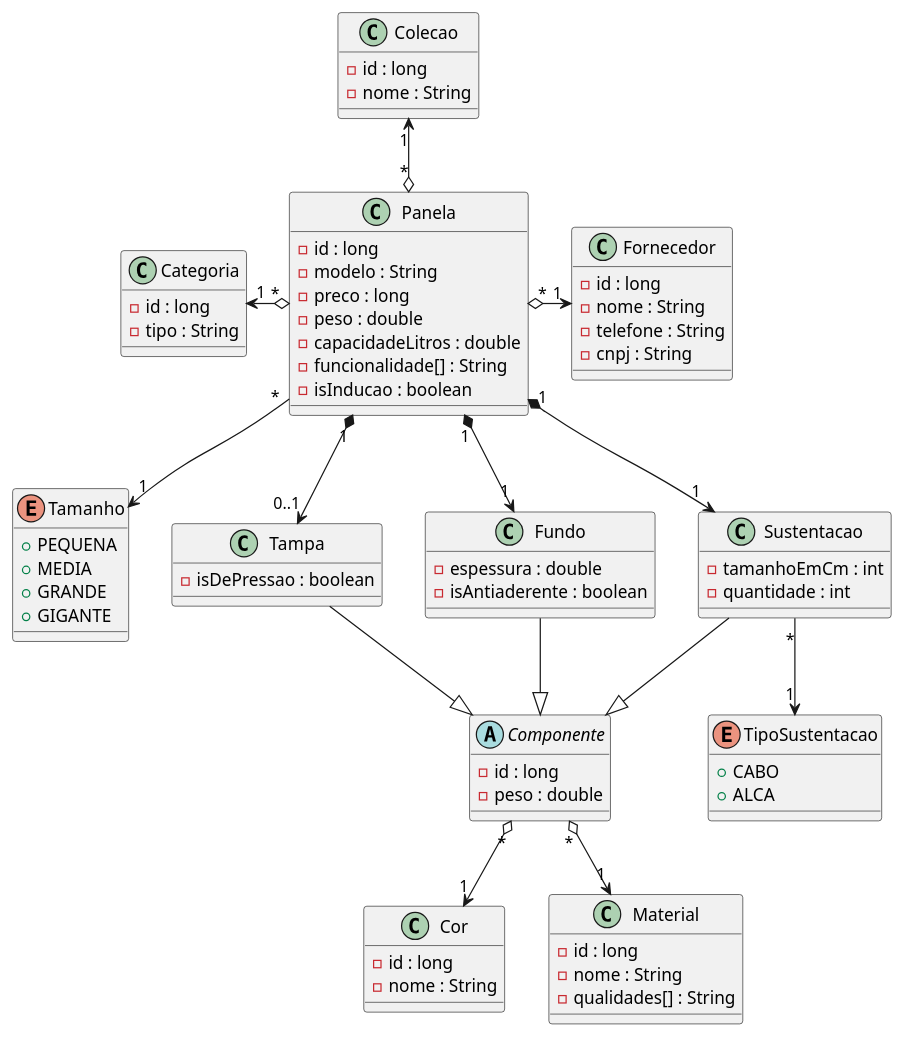
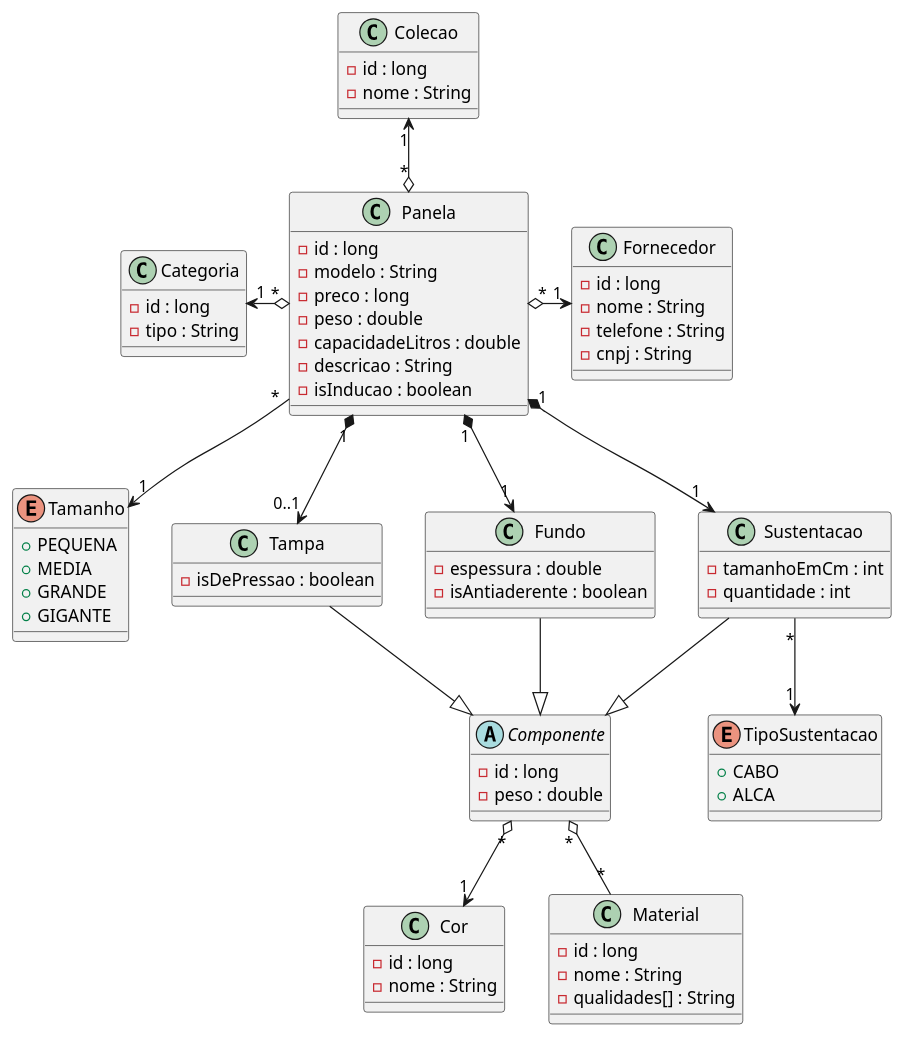
One commit to UniLeandroTR/Ecommerce_de_Panelas changed the diagram in panelas.plantuml. Above: the diagram before and after it, drawn with PlantUML.

Commit message:
Changed relation of Componente and Material to ManyToMany & funcionalidades[] : String to descricao : String

```diff
--- a/panelas.plantuml
+++ b/panelas.plantuml
@@ -1,83 +1,83 @@
 @startuml
 class Panela{
 - id : long
 - modelo : String
 - preco : long
 - peso : double
 - capacidadeLitros : double
-- funcionalidade[] : String
+- descricao : String
 - isInducao : boolean
 }
 
 class Colecao{
 - id : long
 - nome : String
 }
 
 class Categoria{
 - id : long
 - tipo : String
 }
 
 class Cor{
 - id : long
 - nome : String
 }
 
 abstract Componente{
 - id : long
 - peso : double
 }
 
 enum Tamanho{
 + PEQUENA
 + MEDIA
 + GRANDE
 + GIGANTE
 }
 
 enum TipoSustentacao{
 + CABO
 + ALCA
 }
 class Fornecedor{
 - id : long
 - nome : String
 - telefone : String
 - cnpj : String
 }
 
 class Material{
 - id : long
 - nome : String
 - qualidades[] : String
 }
 
 class Tampa{
 - isDePressao : boolean
 }
 
 class Fundo{
 - espessura : double
 - isAntiaderente : boolean
 }
 
 class Sustentacao{
 - tamanhoEmCm : int
 - quantidade : int
 }
 
 Panela "*" o-up-> "1" Colecao
 Panela "1" *--> "1" Fundo
 Panela "1" *--> "1" Sustentacao
 Panela "1" *--> "0..1" Tampa
 Panela "*" o-right-> "1" Fornecedor
 Panela "*" --> "1" Tamanho
 Panela "*" o-left-> "1" Categoria
 Fundo --|>  Componente
 Tampa --|>  Componente
 Sustentacao --|> Componente
 Sustentacao "*" --> "1" TipoSustentacao
-Componente "*" o--> "1" Material
+Componente "*" o-- "*" Material
 Componente "*" o--> "1" Cor
 @enduml
```
